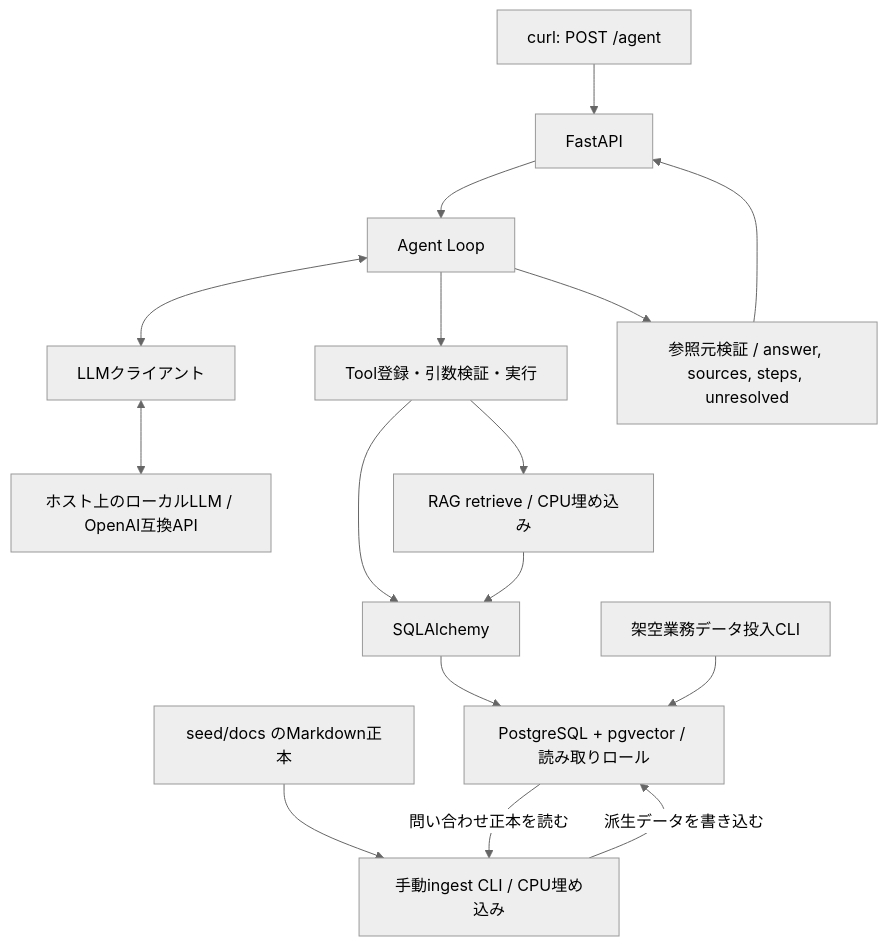
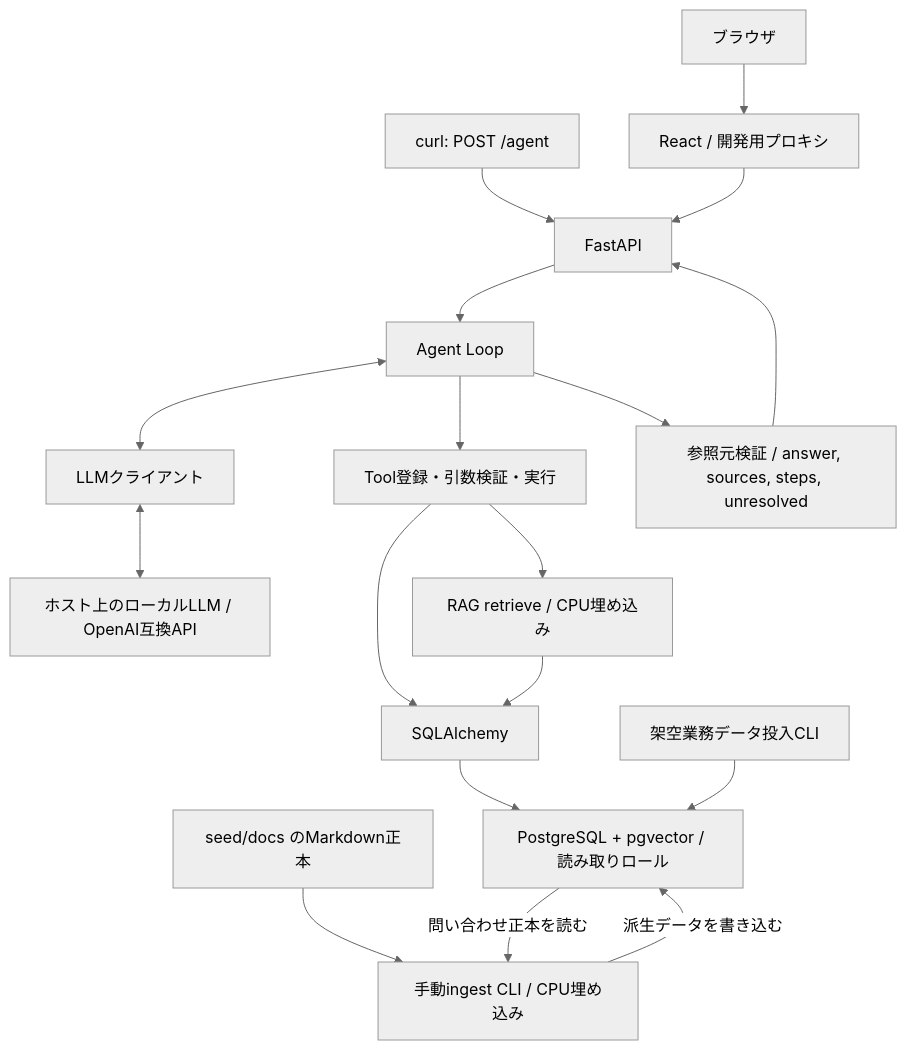
Before and after one commit to philippos2/logi-scope: the diagram in docs/design.md, drawn with Mermaid (neutral theme). The commit also changed other lines of this file and 25 other files, not shown here.

````diff
--- a/docs/design.md
+++ b/docs/design.md
@@ -13,18 +13,20 @@
 ```mermaid
 flowchart TD
     Curl["curl: POST /agent"] --> API[FastAPI]
+    Browser[ブラウザ] --> Frontend["React / 開発用プロキシ"]
+    Frontend --> API
     API --> Loop[Agent Loop]
     Loop <--> Client[LLMクライアント]
     Client <--> LLM["ホスト上のローカルLLM / OpenAI互換API"]
     Loop --> Tools["Tool登録・引数検証・実行"]
     Tools --> ORM[SQLAlchemy]
     Tools --> Retrieve["RAG retrieve / CPU埋め込み"]
     Retrieve --> ORM
     ORM --> DB["PostgreSQL + pgvector / 読み取りロール"]
     Docs["seed/docs のMarkdown正本"] --> Ingest["手動ingest CLI / CPU埋め込み"]
     DB -->|問い合わせ正本を読む| Ingest
     Ingest -->|派生データを書き込む| DB
     Seed[架空業務データ投入CLI] --> DB
     Loop --> Response["参照元検証 / answer, sources, steps, unresolved"]
     Response --> API
 ```
````
